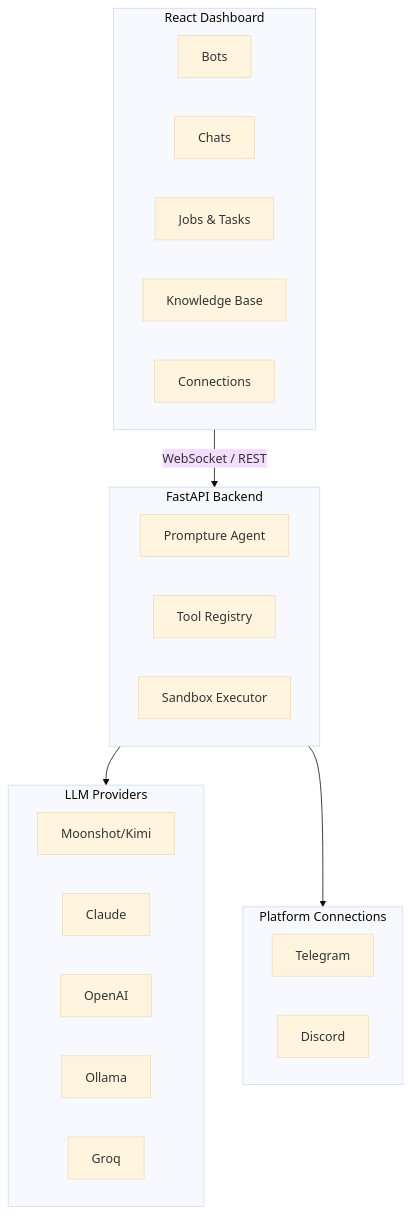
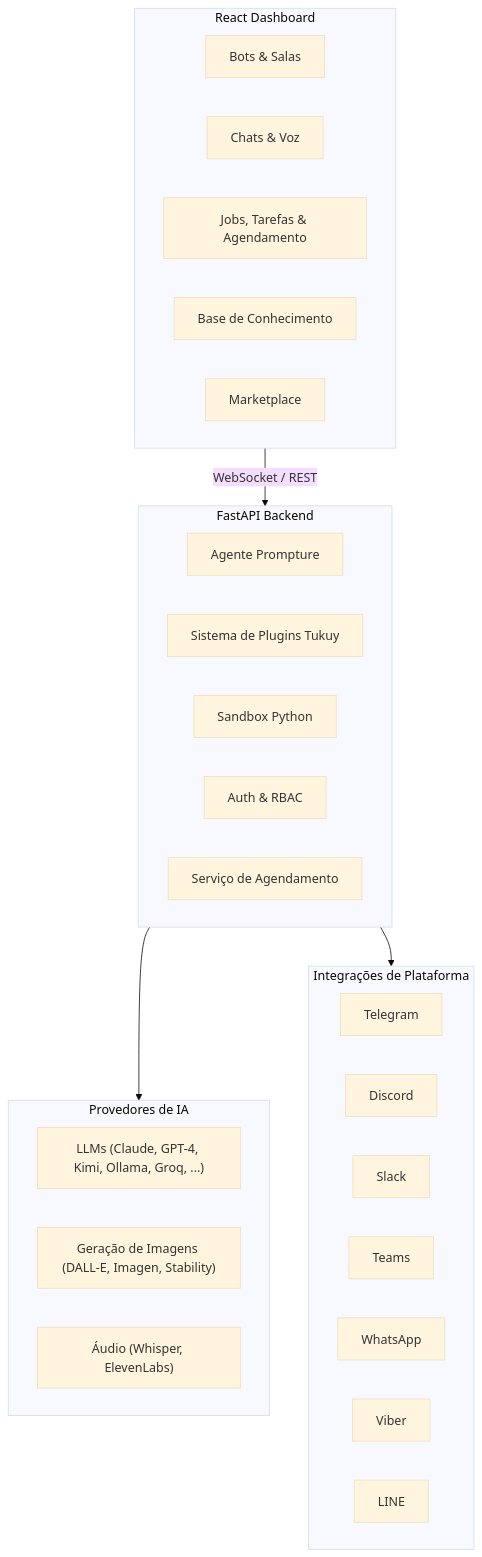
Before and after one commit to jhd3197/CachiBot: the diagram in docs/README.pt.md, drawn with Mermaid (base theme). The commit also changed other lines of this file and 4 other files, not shown here.

````diff
--- a/docs/README.pt.md
+++ b/docs/README.pt.md
@@ -117,33 +163,38 @@
 ```mermaid
 graph TB
     subgraph Frontend["React Dashboard"]
-        Bots[Bots]
-        Chats[Chats]
-        Jobs[Jobs & Tasks]
-        KB[Knowledge Base]
-        Conn[Connections]
+        Bots[Bots & Salas]
+        Chats[Chats & Voz]
+        Work[Jobs, Tarefas & Agendamento]
+        KB[Base de Conhecimento]
+        Market[Marketplace]
     end
 
     subgraph Backend["FastAPI Backend"]
-        Agent["Prompture Agent"]
-        Tools["Tool Registry"]
-        Sandbox["Sandbox Executor"]
+        Agent["Agente Prompture"]
+        Plugins["Sistema de Plugins Tukuy"]
+        Sandbox["Sandbox Python"]
+        Auth["Auth & RBAC"]
+        Scheduler["Serviço de Agendamento"]
     end
 
-    subgraph Providers["LLM Providers"]
-        Moonshot[Moonshot/Kimi]
-        Claude[Claude]
-        OpenAI[OpenAI]
-        Ollama[Ollama]
-        Groq[Groq]
+    subgraph Providers["Provedores de IA"]
+        LLM["LLMs (Claude, GPT-4, Kimi, Ollama, Groq, ...)"]
+        ImgGen["Geração de Imagens (DALL-E, Imagen, Stability)"]
+        Audio["Áudio (Whisper, ElevenLabs)"]
     end
 
-    subgraph Platforms["Platform Connections"]
-        Telegram[Telegram]
-        Discord[Discord]
+    subgraph Platforms["Integrações de Plataforma"]
+        TG[Telegram]
+        DC[Discord]
+        SL[Slack]
+        TM[Teams]
+        WA[WhatsApp]
+        VB[Viber]
+        LN[LINE]
     end
 
     Frontend -- "WebSocket / REST" --> Backend
     Backend --> Providers
     Backend --> Platforms
 ```
````
